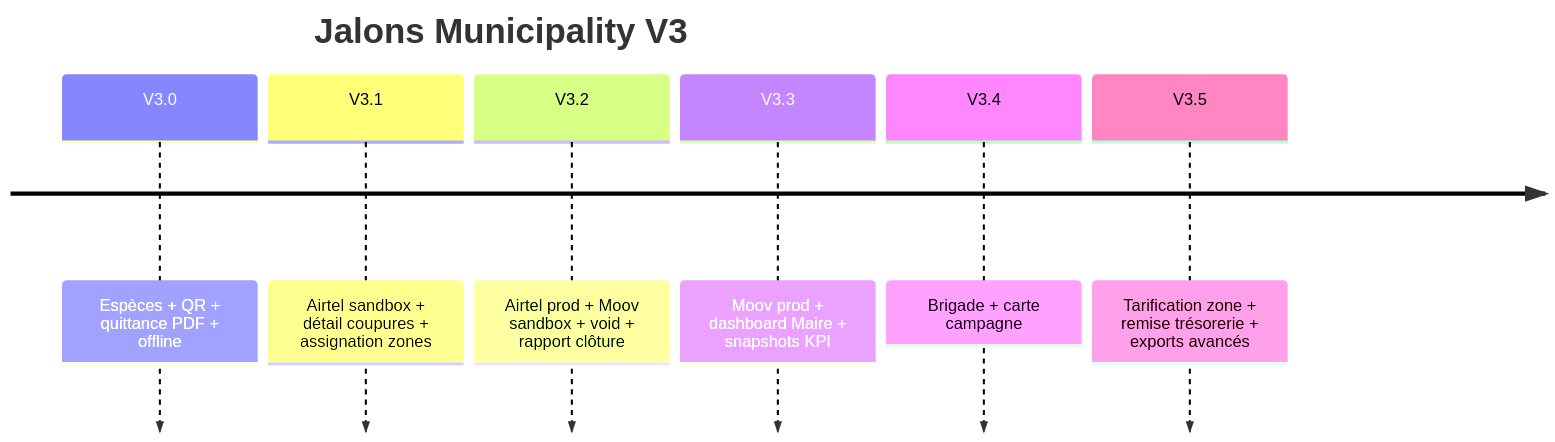
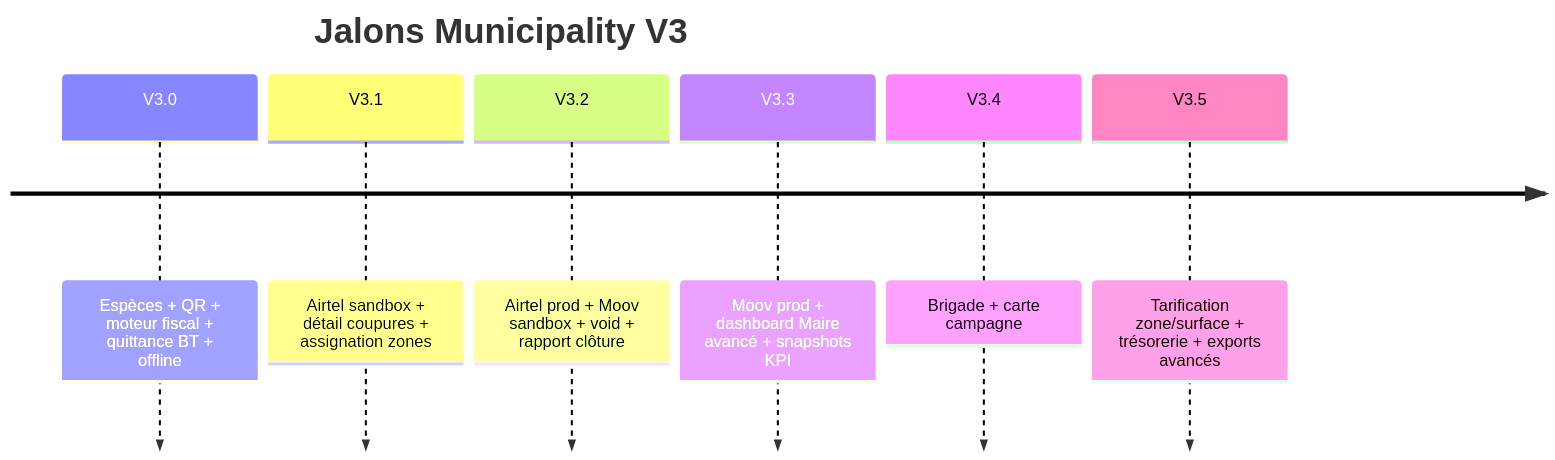
The first of 2 diagrams in docs/municipality-v3/18_PLAN_DEPLOIEMENT.md (akieni2/mami.ga), drawn with Mermaid before and after one commit. The commit also changed other lines of this file and 63 other files, not shown here.

````diff
--- a/docs/municipality-v3/18_PLAN_DEPLOIEMENT.md
+++ b/docs/municipality-v3/18_PLAN_DEPLOIEMENT.md
@@ -7,10 +7,10 @@
 ```mermaid
 timeline
     title Jalons Municipality V3
-    V3.0 : Espèces + QR + quittance PDF + offline
+    V3.0 : Espèces + QR + moteur fiscal + quittance BT + offline
     V3.1 : Airtel sandbox + détail coupures + assignation zones
     V3.2 : Airtel prod + Moov sandbox + void + rapport clôture
-    V3.3 : Moov prod + dashboard Maire + snapshots KPI
+    V3.3 : Moov prod + dashboard Maire avancé + snapshots KPI
     V3.4 : Brigade + carte campagne
-    V3.5 : Tarification zone + remise trésorerie + exports avancés
+    V3.5 : Tarification zone/surface + trésorerie + exports avancés
 ```
````
